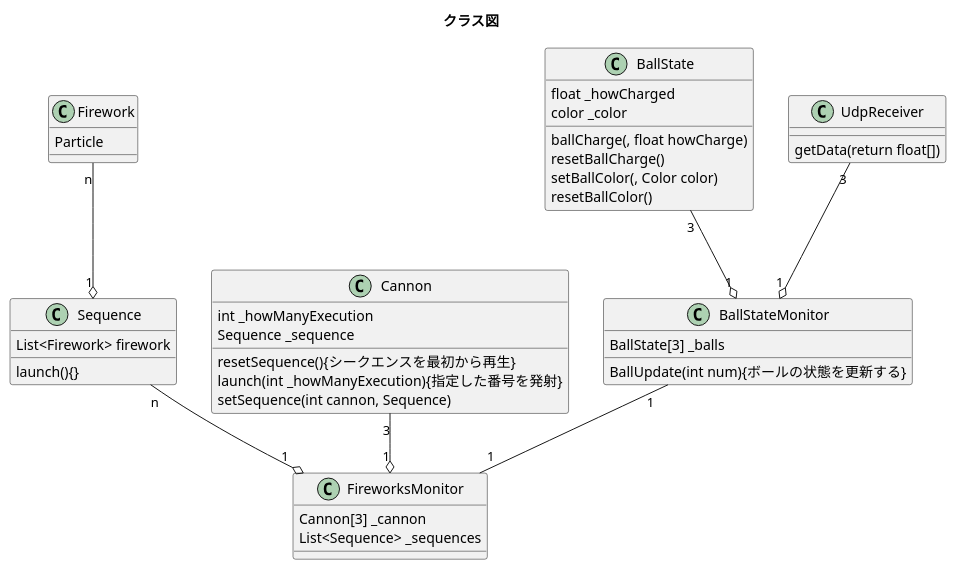
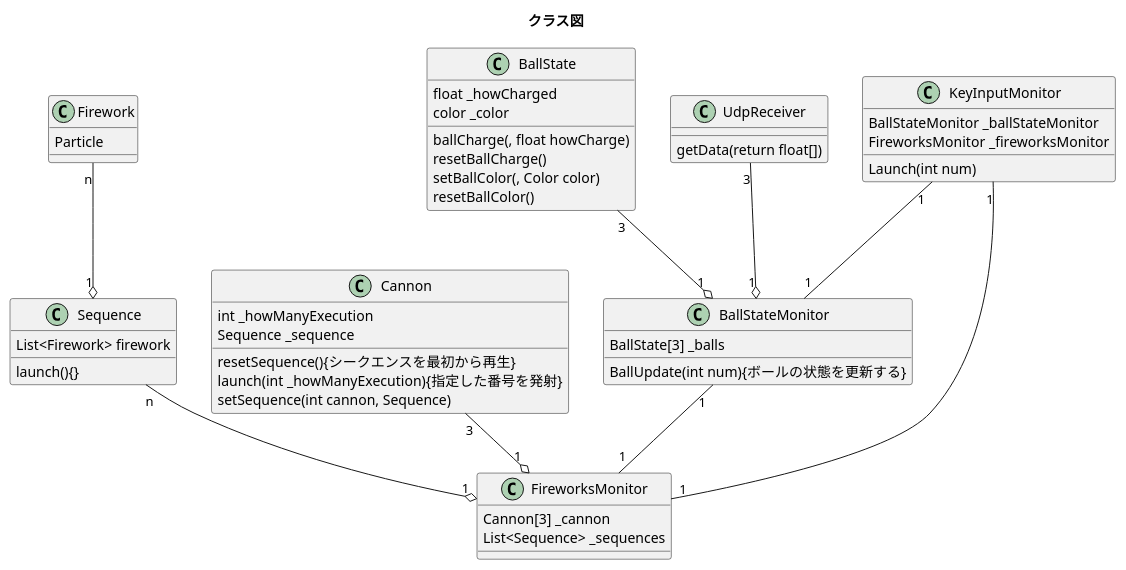
One commit to fukatetsu/FireworksWorkshop changed the diagram in Document/UML.wsd. Above: the diagram before and after it, drawn with PlantUML. The commit also changed 22 other files, not shown here.

```diff
--- a/Document/UML.wsd
+++ b/Document/UML.wsd
@@ -1,69 +1,81 @@
 @startuml
 
 title クラス図
 
 class Firework {
     Particle
 
 }
 
 class Sequence {
     List<Firework> firework
 
     launch(){}
 }
 
 class FireworksMonitor {
     Cannon[3] _cannon
     List<Sequence> _sequences
 
 
 }
 
 class Cannon{
     int _howManyExecution
     Sequence _sequence
     
     resetSequence(){シークエンスを最初から再生}
     launch(int _howManyExecution){指定した番号を発射}
     setSequence(int cannon, Sequence)
     
     
 }
 
 class BallStateMonitor {
     BallState[3] _balls
 
     BallUpdate(int num){ボールの状態を更新する}
 
     
 }
 
 class BallState{
     float _howCharged
     color _color
 
     ballCharge(, float howCharge)
     resetBallCharge()
     setBallColor(, Color color)
     resetBallColor()
 }
 
 class UdpReceiver{
     getData(return float[])
 
 }
 
+class KeyInputMonitor{
+    BallStateMonitor _ballStateMonitor
+    FireworksMonitor _fireworksMonitor
+
+    Launch(int num)
+}
+
 Firework "n" --o "1" Sequence
 Sequence "n" --o "1" FireworksMonitor
 
 BallStateMonitor "1" -- "1" FireworksMonitor
 
 UdpReceiver "3" --o "1" BallStateMonitor
 BallState "3" --o "1" BallStateMonitor
 Cannon "3" --o "1" FireworksMonitor
 
+KeyInputMonitor "1" -- "1" FireworksMonitor
+KeyInputMonitor "1" -- "1" BallStateMonitor
+
+
+
 
 
 
 @enduml
```
